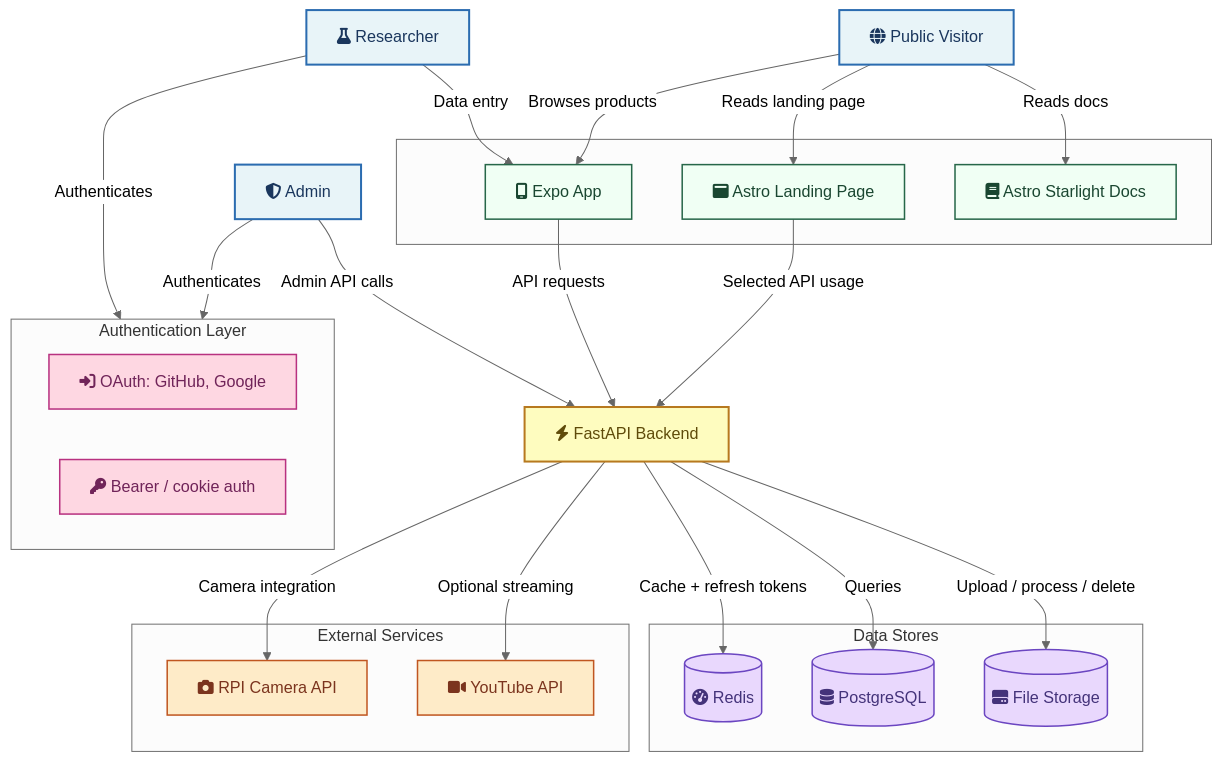
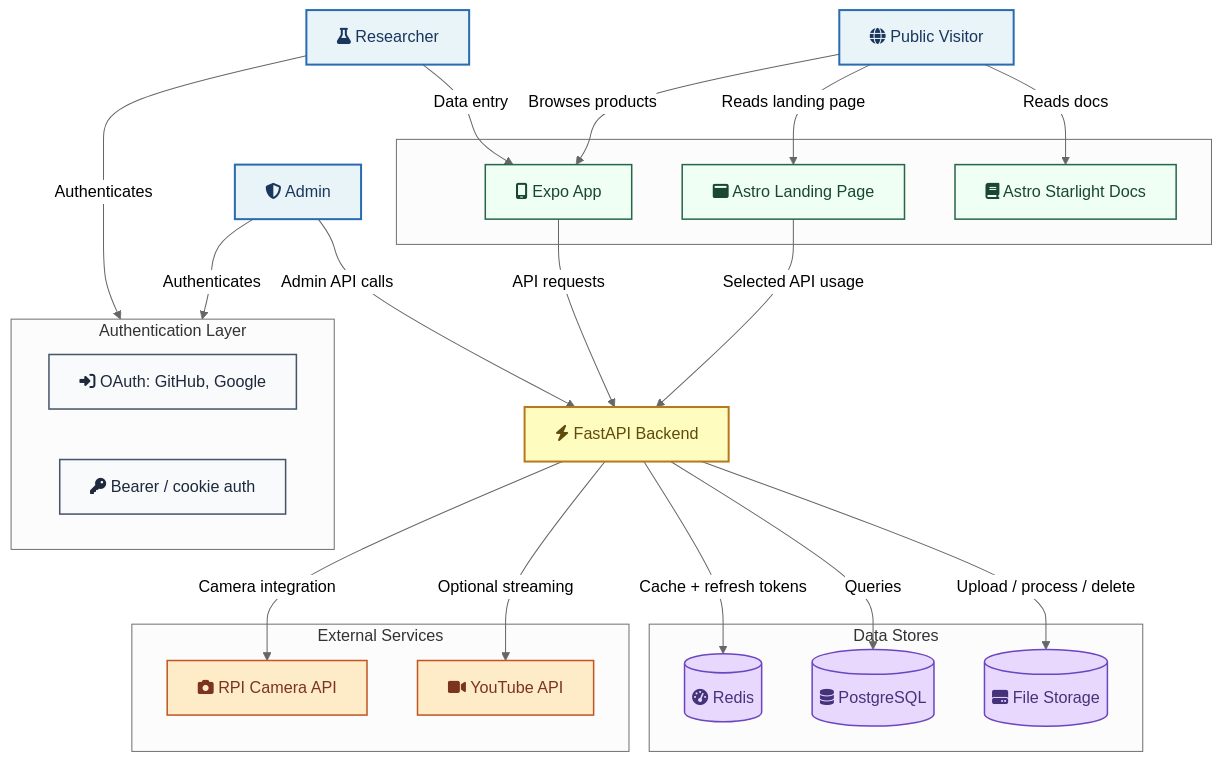
The second of 2 diagrams in docs/src/content/docs/architecture/system-design.mdx (CMLPlatform/relab), drawn with Mermaid (neutral theme) before and after one commit. The commit also changed other lines of this file and 92 other files, not shown here.

Commit message:
refactor: remove newsletter signup flows

````diff
--- a/docs/src/content/docs/architecture/system-design.mdx
+++ b/docs/src/content/docs/architecture/system-design.mdx
@@ -46,59 +46,59 @@
 ```mermaid
 graph TD
     Researcher["fa:fa-flask Researcher"] -->|Data entry| FrontendApp
     PublicUser["fa:fa-globe Public Visitor"] -->|Browses products| FrontendApp
     PublicUser -->|Reads landing page| FrontendWeb
     PublicUser -->|Reads docs| Docs
     Admin["fa:fa-shield-halved Admin"] -->|Admin API calls| Backend
 
     subgraph Frontends [" "]
         FrontendApp["fa:fa-mobile-screen Expo App"]
         FrontendWeb["fa:fa-window-maximize Astro Landing Page"]
         Docs["fa:fa-book Astro Starlight Docs"]
     end
 
     FrontendApp -->|API requests| Backend
     FrontendWeb -->|Selected API usage| Backend
 
     Backend["fa:fa-bolt FastAPI Backend"]
 
     subgraph DataStores ["Data Stores"]
         Redis[("fa:fa-gauge-high Redis")]
         PostgreSQL[("fa:fa-database PostgreSQL")]
         FileStorage[("fa:fa-hard-drive File Storage")]
     end
 
     Backend -->|Cache + refresh tokens| Redis
     Backend -->|Queries| PostgreSQL
     Backend -->|Upload / process / delete| FileStorage
 
     subgraph Auth ["Authentication Layer"]
         OAuthProviders["fa:fa-right-to-bracket OAuth: GitHub, Google"]
         AuthSystem["fa:fa-key Bearer / cookie auth"]
     end
 
     Researcher -->|Authenticates| Auth
     Admin -->|Authenticates| Auth
 
     subgraph External ["External Services"]
         RaspberryPi["fa:fa-camera RPI Camera API"]
         YouTube["fa:fa-video YouTube API"]
     end
 
     Backend -->|Camera integration| RaspberryPi
     Backend -->|Optional streaming| YouTube
 
     classDef actor fill:#e8f4f8,stroke:#2b6cb0,stroke-width:2px,color:#1a365d
     classDef frontend fill:#f0fff4,stroke:#276749,stroke-width:1.5px,color:#1a4731
     classDef backend fill:#fefcbf,stroke:#b7791f,stroke-width:2px,color:#5f4b0a
     classDef datastore fill:#e9d8fd,stroke:#6b46c1,stroke-width:1.5px,color:#44337a
-    classDef auth fill:#fed7e2,stroke:#b83280,stroke-width:1.5px,color:#702459
+    classDef auth fill:#f8fafc,stroke:#475569,stroke-width:1.5px,color:#1e293b
     classDef external fill:#feebc8,stroke:#c05621,stroke-width:1.5px,color:#7b341e
 
     class Researcher,PublicUser,Admin actor
     class FrontendApp,FrontendWeb,Docs frontend
     class Backend backend
     class Redis,PostgreSQL,FileStorage datastore
     class OAuthProviders,AuthSystem,HIBP auth
     class SMTP,RaspberryPi,YouTube external
 ```
````
